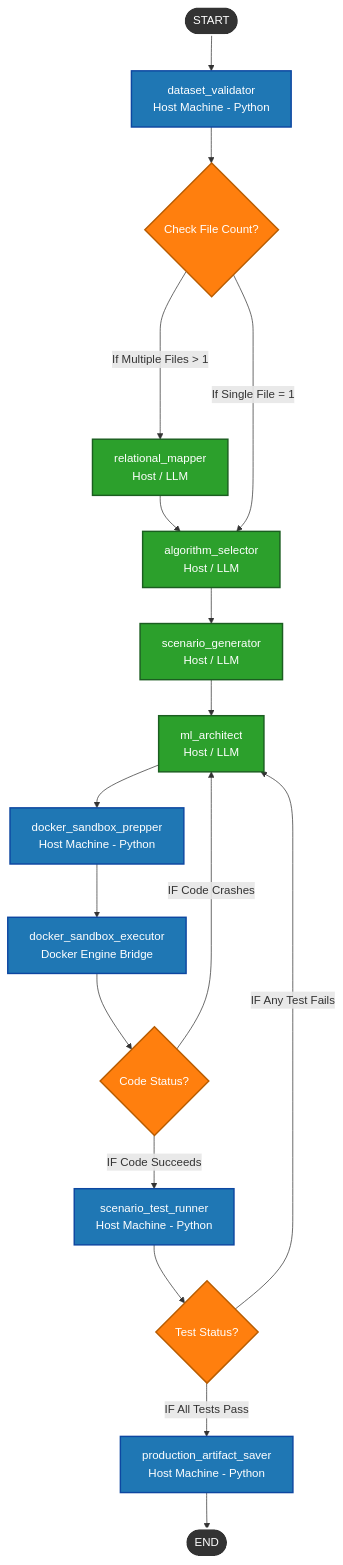
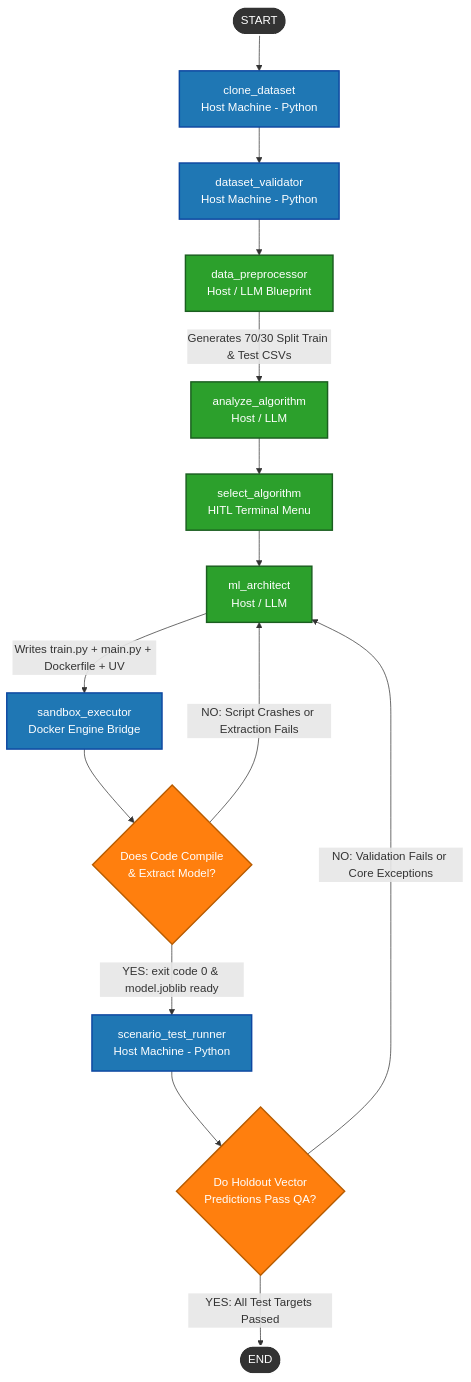
The diagram in README.md (NightDevilPT/ml-agent), drawn with Mermaid before and after one commit. The commit also changed other lines of this file and 12 other files, not shown here.

Commit message:
ml-agent: ml architect and sandbox node added

````diff
--- a/README.md
+++ b/README.md
@@ -21,45 +21,39 @@
 ```mermaid
 graph TD
     %% Define Node Styles
     classDef startEnd fill:#333,stroke:#fff,stroke-width:2px,color:#fff;
     classDef hostNode fill:#1f77b4,stroke:#0d47a1,stroke-width:2px,color:#fff;
     classDef llmNode fill:#2ca02c,stroke:#1b5e20,stroke-width:2px,color:#fff;
     classDef decision fill:#ff7f0e,stroke:#b85c00,stroke-width:2px,color:#fff;
 
     %% Initial Workflow Ingestion
-    START([START]) --> dataset_validator[dataset_validator <br> Host Machine - Python]
-    dataset_validator --> file_count_check{Check File Count?}
+    START([START]) --> clone_dataset[clone_dataset <br> Host Machine - Python]
+    clone_dataset --> dataset_validator[dataset_validator <br> Host Machine - Python]
+    dataset_validator --> data_preprocessor[data_preprocessor <br> Host / LLM Blueprint]
 
-    %% Conditional Relational Routing
-    file_count_check -- If Multiple Files > 1 ----> relational_mapper[relational_mapper <br> Host / LLM]
-    relational_mapper --> algorithm_selector[algorithm_selector <br> Host / LLM]
+    %% Main Analysis & Interactivity
+    data_preprocessor -->|Generates 70/30 Split Train & Test CSVs| analyze_algorithm[analyze_algorithm <br> Host / LLM]
+    analyze_algorithm --> select_algorithm[select_algorithm <br> HITL Terminal Menu]
     
-    file_count_check -- If Single File = 1 ----> algorithm_selector
-
-    %% Main Code Generation & Prepping
-    algorithm_selector --> scenario_generator[scenario_generator <br> Host / LLM]
-    scenario_generator --> ml_architect[ml_architect <br> Host / LLM]
+    %% Code Generation & Environment Scaffolding
+    select_algorithm --> ml_architect[ml_architect <br> Host / LLM]
     
-    ml_architect --> docker_sandbox_prepper[docker_sandbox_prepper <br> Host Machine - Python]
-    docker_sandbox_prepper --> docker_sandbox_executor[docker_sandbox_executor <br> Docker Engine Bridge]
+    %% Execution Layer (Self-Healing Loop 1: Compilation Safety)
+    ml_architect -->|Writes train.py + main.py + Dockerfile + UV| sandbox_executor[sandbox_executor <br> Docker Engine Bridge]
+    sandbox_executor --> code_status{Does Code Compile <br> & Extract Model?}
     
-    %% Execution Evaluation Point (Self-Healing Loop 1)
-    docker_sandbox_executor --> code_status{Code Status?}
-    code_status -- IF Code Crashes --> ml_architect
+    code_status -- "NO: Script Crashes or Extraction Fails" --> ml_architect
+    code_status -- "YES: exit code 0 & model.joblib ready" --> scenario_test_runner[scenario_test_runner <br> Host Machine - Python]
     
-    code_status -- IF Code Succeeds --> scenario_test_runner[scenario_test_runner <br> Host Machine - Python]
-    
-    %% Testing Evaluation Point (Self-Healing Loop 2)
-    scenario_test_runner --> test_status{Test Status?}
-    test_status -- IF Any Test Fails --> ml_architect
-    
-    test_status -- IF All Tests Pass --> production_artifact_saver[production_artifact_saver <br> Host Machine - Python]
-    production_artifact_saver --> END([END])
+    %% Evaluation Layer (Self-Healing Loop 2: Metric/Type Safety)
+    scenario_test_runner --> test_status{Do Holdout Vector <br> Predictions Pass QA?}
+    test_status -- "NO: Validation Fails or Core Exceptions" --> ml_architect
+    test_status -- "YES: All Test Targets Passed" --> END([END])
 
     %% Assign Style Classes
     class START,END startEnd;
-    class dataset_validator,docker_sandbox_prepper,docker_sandbox_executor,scenario_test_runner,production_artifact_saver hostNode;
-    class relational_mapper,algorithm_selector,scenario_generator,ml_architect llmNode;
-    class file_count_check,code_status,test_status decision;
+    class clone_dataset,dataset_validator,sandbox_executor,scenario_test_runner hostNode;
+    class data_preprocessor,analyze_algorithm,select_algorithm,ml_architect llmNode;
+    class code_status,test_status decision;
 
 ```
````
